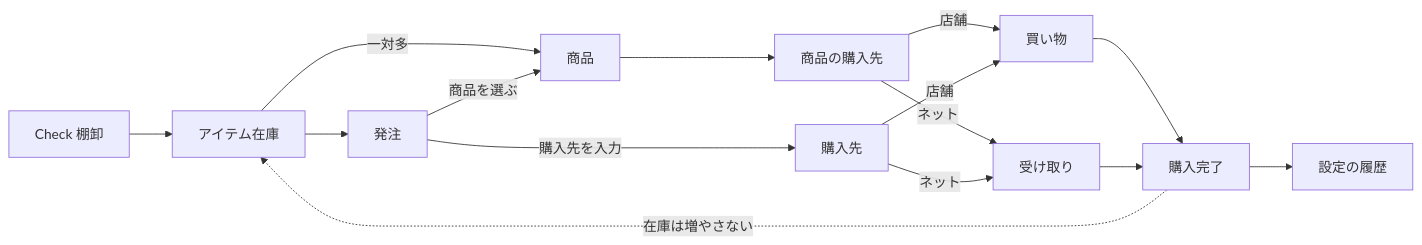
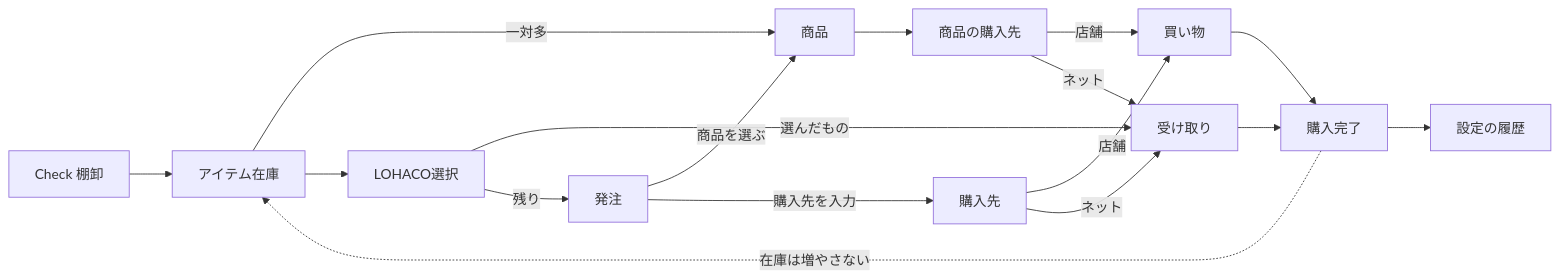
The diagram in docs/requirements.md (necooon/monthly-inventory-count), drawn with Mermaid before and after one commit. The commit also changed other lines of this file and 7 other files, not shown here.

````diff
--- a/docs/requirements.md
+++ b/docs/requirements.md
@@ -51,17 +51,19 @@
 ```mermaid
 flowchart LR
   Check[Check 棚卸] --> Item[アイテム在庫]
   Item -->|"一対多"| Sku[商品]
-  Item --> Place[発注]
+  Item --> Lohaco[LOHACO選択]
+  Lohaco -->|選んだもの| Recv[受け取り]
+  Lohaco -->|残り| Place[発注]
   Place -->|商品を選ぶ| Sku
   Place -->|購入先を入力| DestIn[購入先]
   Sku --> DestSku[商品の購入先]
   DestSku -->|店舗| Shop[買い物]
   DestIn -->|店舗| Shop
-  DestSku -->|ネット| Recv[受け取り]
+  DestSku -->|ネット| Recv
   DestIn -->|ネット| Recv
   Shop --> Done[購入完了]
   Recv --> Done
   Done --> Hist[設定の履歴]
   Done -.->|"在庫は増やさない"| Item
 ```
````
